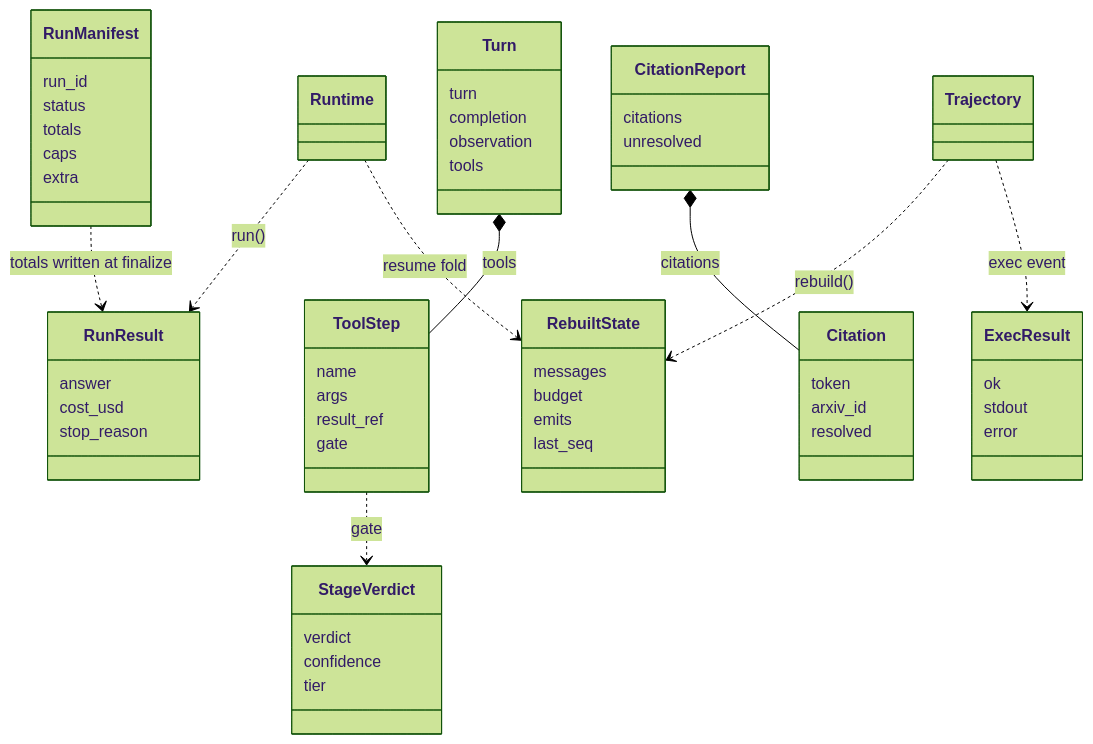
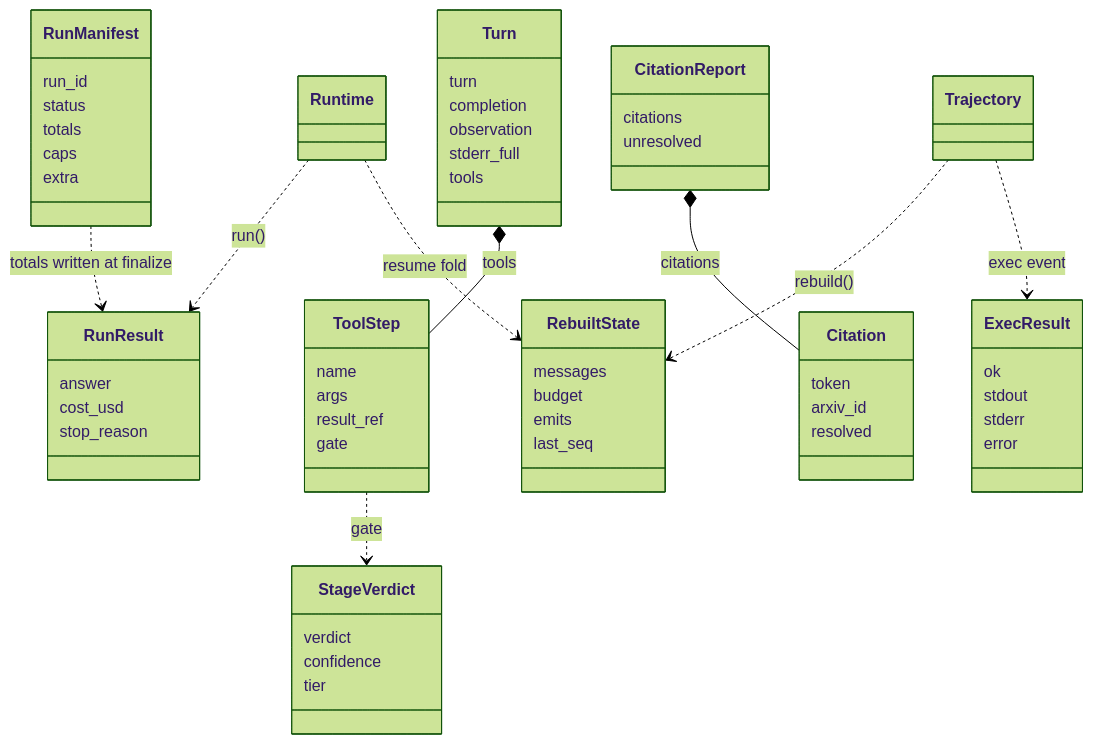
One commit to RSGzen/LENS changed the fourth of 6 diagrams in docs/ARCHITECTURE.md. Above: the diagram before and after it, drawn with Mermaid (forest theme). The commit also changed other lines of this file and 2 other files, not shown here.

Commit message:
docs: rewrite the architecture file against the code, without the regeneration section

````diff
--- a/docs/ARCHITECTURE.md
+++ b/docs/ARCHITECTURE.md
@@ -417,65 +481,67 @@
 ```mermaid
 classDiagram
     class Runtime {
     }
     class Trajectory {
     }
     class RunManifest {
         run_id
         status
         totals
         caps
         extra
     }
     class RunResult {
         answer
         cost_usd
         stop_reason
     }
     class Turn {
         turn
         completion
         observation
+        stderr_full
         tools
     }
     class ToolStep {
         name
         args
         result_ref
         gate
     }
     class StageVerdict {
         verdict
         confidence
         tier
     }
     class CitationReport {
         citations
         unresolved
     }
     class Citation {
         token
         arxiv_id
         resolved
     }
     class RebuiltState {
         messages
         budget
         emits
         last_seq
     }
     class ExecResult {
         ok
         stdout
+        stderr
         error
     }
 
     Runtime ..> RunResult : run()
     Runtime ..> RebuiltState : resume fold
     Trajectory ..> RebuiltState : rebuild()
     Trajectory ..> ExecResult : exec event
     Turn *-- ToolStep : tools
     ToolStep ..> StageVerdict : gate
     CitationReport *-- Citation : citations
     RunManifest ..> RunResult : totals written at finalize
 ```
````
